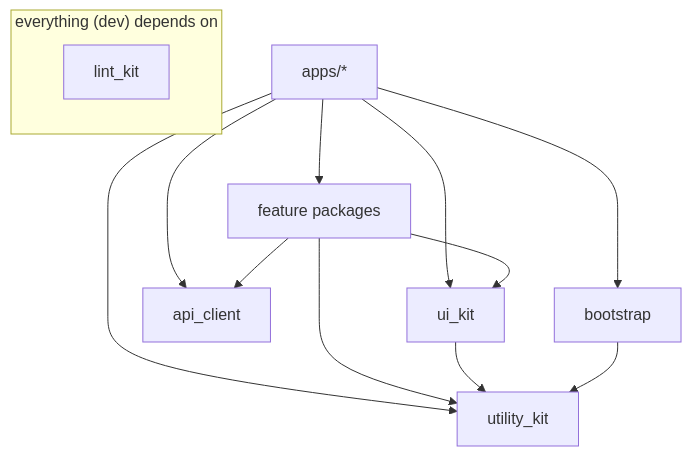
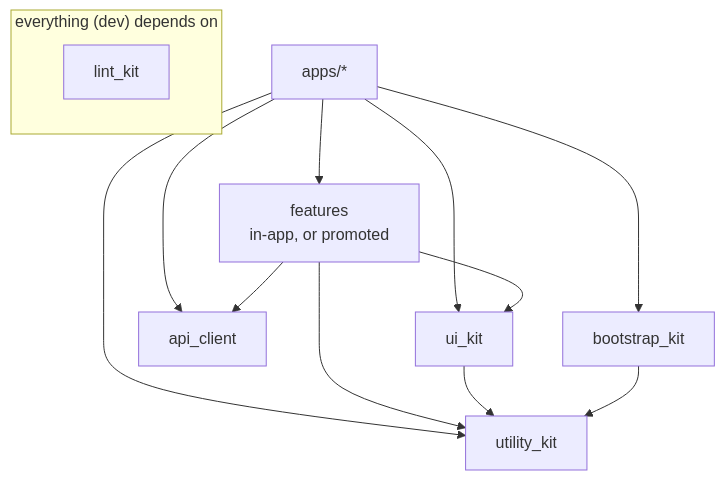
Before and after one commit to fatiharge/fatiharge-apps: the diagram in architecture/overview.md, drawn with Mermaid. The commit also changed other lines of this file and 1 other file, not shown here.

Commit message:
docs(architecture): align the monorepo layout with the actual repo

````diff
--- a/architecture/overview.md
+++ b/architecture/overview.md
@@ -67,16 +81,16 @@
 ```mermaid
 graph TD
-  app[apps/*] --> feature[feature packages]
+  app[apps/*] --> feature[features<br/>in-app, or promoted]
   app --> uikit[ui_kit]
   app --> util[utility_kit]
   app --> api[api_client]
-  app --> boot[bootstrap]
+  app --> boot[bootstrap_kit]
   feature --> uikit
   feature --> util
   feature --> api
   uikit --> util
   boot --> util
   subgraph "everything (dev) depends on"
     lint[lint_kit]
   end
 ```
````
